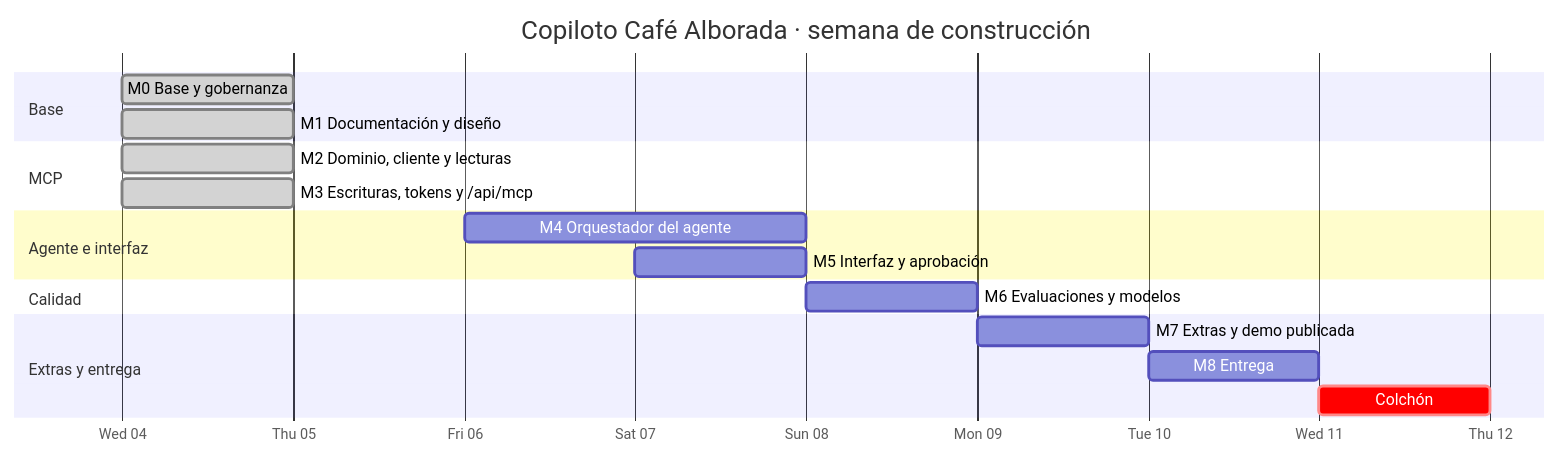
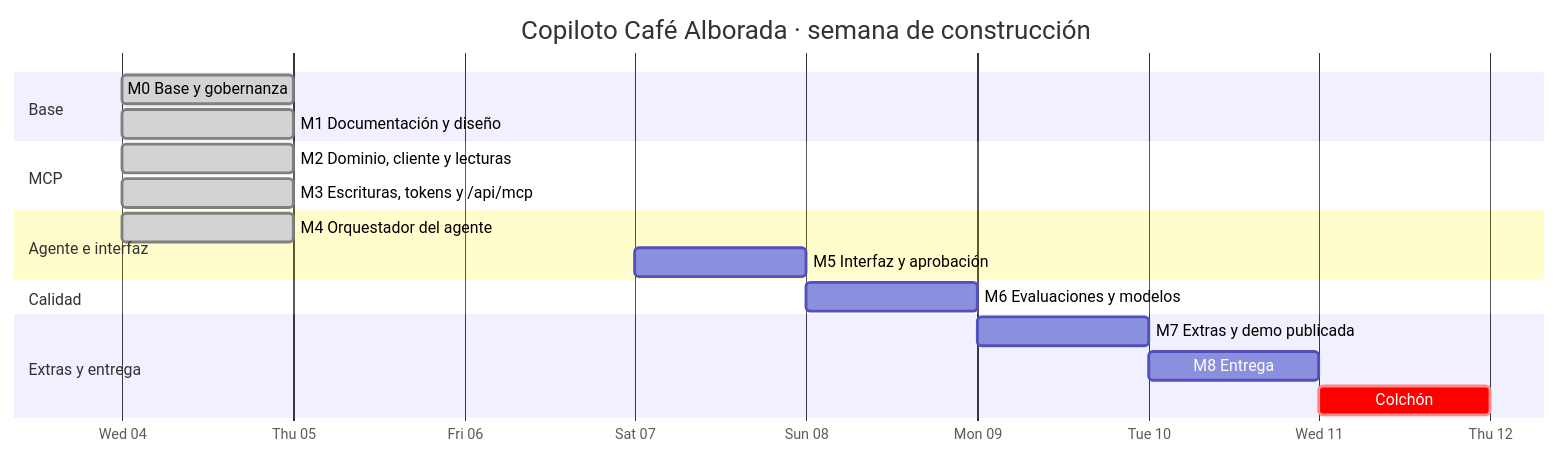
Before and after one commit to omonroyt/pt_luyoa: the first of 3 diagrams in docs/specs/09_PLAN_IMPLEMENTACION.md, drawn with Mermaid. The commit also changed other lines of this file and 1 other file, not shown here.

Commit message:
docs(docs): documenta la implementación de las trazas y cierra el hito 4
Refs: IMP-35, ADR-11

````diff
--- a/docs/specs/09_PLAN_IMPLEMENTACION.md
+++ b/docs/specs/09_PLAN_IMPLEMENTACION.md
@@ -17,26 +17,26 @@
 ```mermaid
 gantt
     title Copiloto Café Alborada · semana de construcción
     dateFormat YYYY-MM-DD
     axisFormat %a %d
 
     section Base
     M0 Base y gobernanza                 :done, m0, 2026-11-04, 1d
     M1 Documentación y diseño            :done, m1, 2026-11-04, 1d
 
     section MCP
     M2 Dominio, cliente y lecturas       :done, m2, 2026-11-04, 1d
     M3 Escrituras, tokens y /api/mcp     :done, m3, 2026-11-04, 1d
 
     section Agente e interfaz
-    M4 Orquestador del agente            :m4, 2026-11-06, 2d
+    M4 Orquestador del agente            :done, m4, 2026-11-04, 1d
     M5 Interfaz y aprobación             :m5, 2026-11-07, 1d
 
     section Calidad
     M6 Evaluaciones y modelos            :m6, 2026-11-08, 1d
 
     section Extras y entrega
     M7 Extras y demo publicada           :m7, 2026-11-09, 1d
     M8 Entrega                           :m8, 2026-11-10, 1d
     Colchón                              :crit, buf, 2026-11-11, 1d
 ```
````
